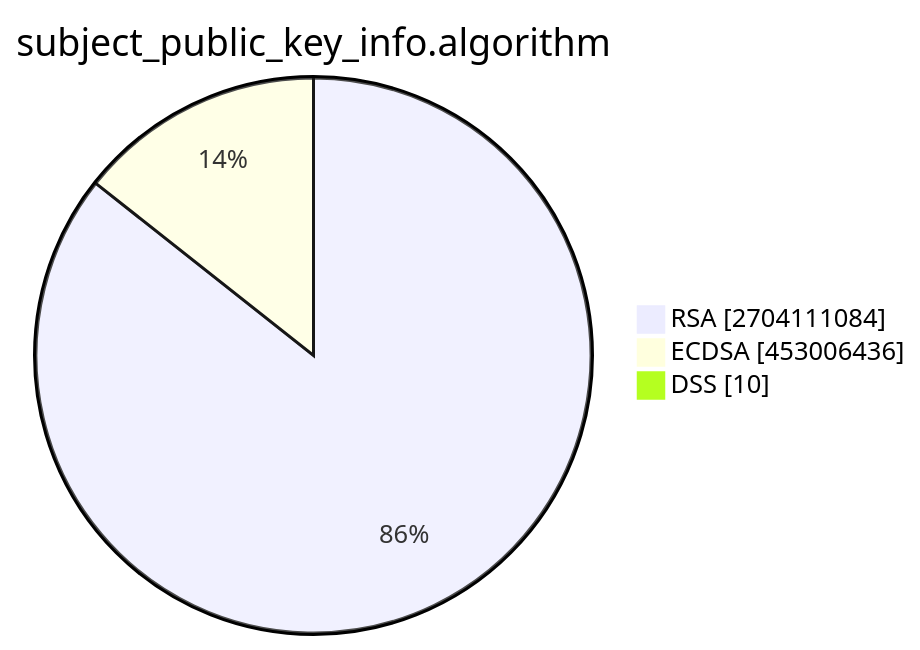
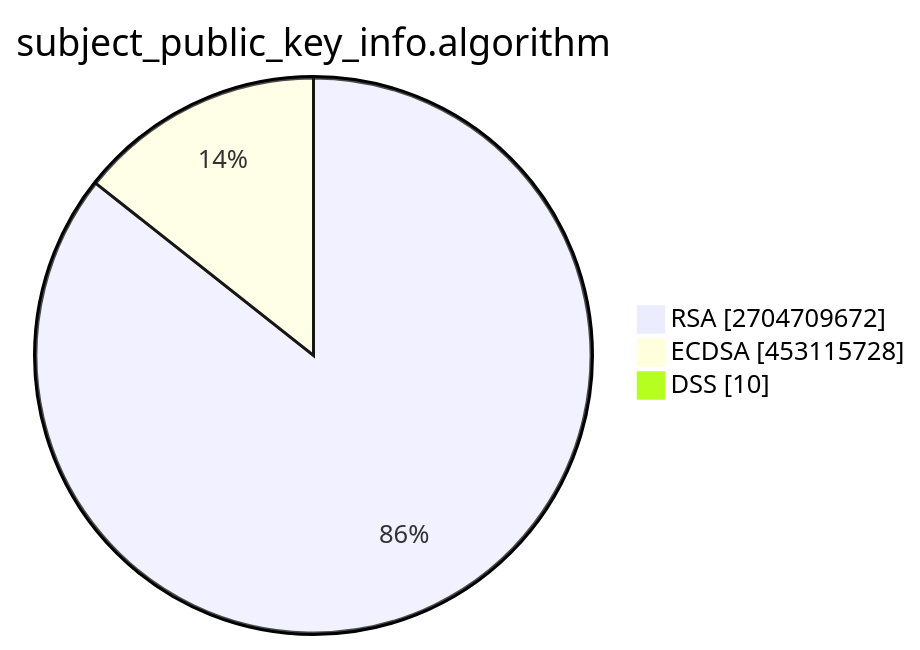
The second of 15 diagrams in TOTAL/README.md (christiankrug/ctmonitor_visualization), drawn with Mermaid before and after one commit. The commit also changed other lines of this file, not shown here.

````diff
--- a/TOTAL/README.md
+++ b/TOTAL/README.md
@@ -6,7 +6,7 @@
 ```mermaid
 pie showData
 title subject_public_key_info.algorithm
-"RSA" :2704111084
-"ECDSA" :453006436
+"RSA" :2704709672
+"ECDSA" :453115728
 "DSS" :10
 ```
````
